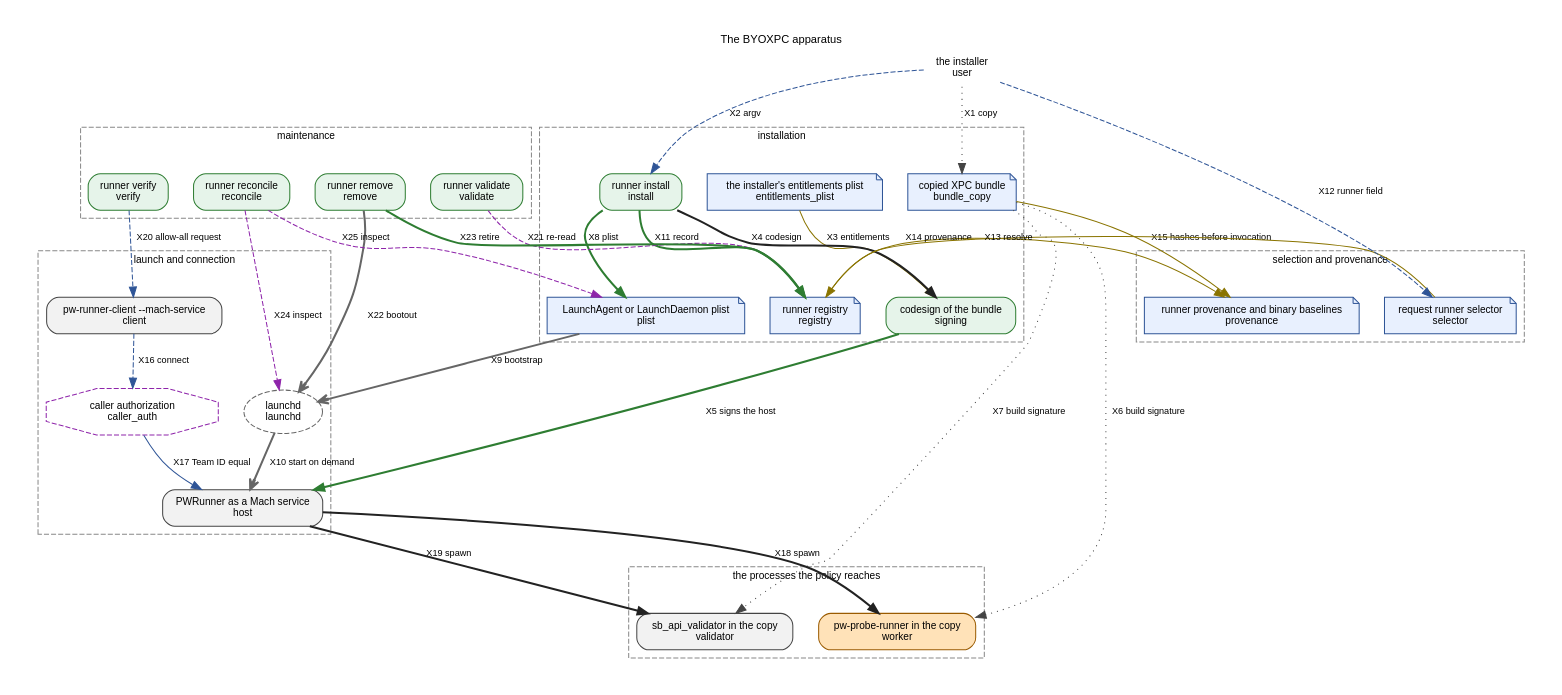
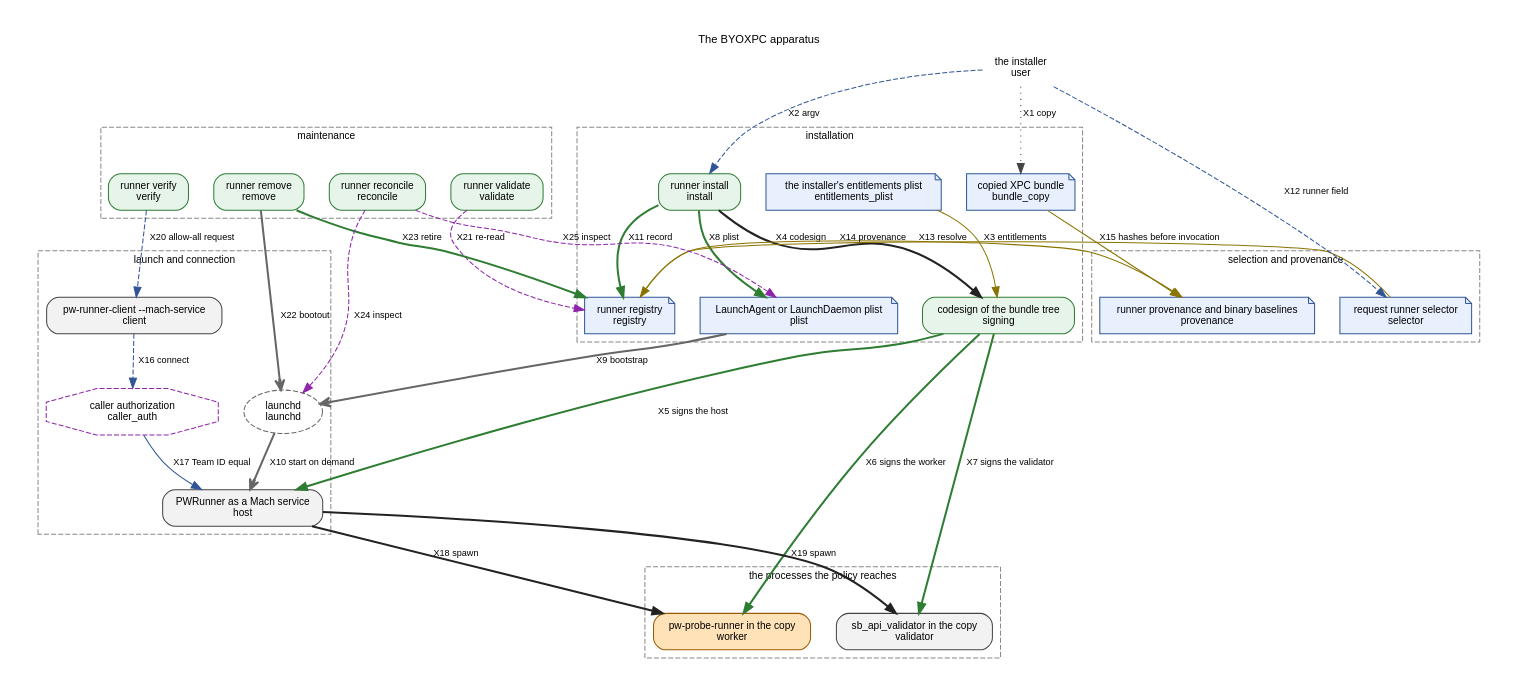
The diagram in docs/architecture-byoxpc.dot (Protonk/PolicyWitness), drawn with Graphviz before and after one commit. The commit also changed 13 other files, not shown here.

First line of the commit message:
Bound the BYOXPC respawn wait and describe the remediated apparatus

```diff
--- a/docs/architecture-byoxpc.dot
+++ b/docs/architecture-byoxpc.dot
@@ -1,82 +1,82 @@
 digraph byoxpc {
     graph [rankdir=TB, bgcolor="white", fontname="Helvetica", fontsize=11, label="The BYOXPC apparatus", labelloc=t, pad=0.3, nodesep=0.35, ranksep=0.6];
     node [fontname="Helvetica", fontsize=10];
     edge [fontname="Helvetica", fontsize=9];
     subgraph cluster_installation {
         label="installation"; style=dashed; color="#888888"; fontsize=10;
         bundle_copy;
         entitlements_plist;
         install;
         signing;
         plist;
         registry;
     }
     subgraph cluster_launch {
         label="launch and connection"; style=dashed; color="#888888"; fontsize=10;
         launchd;
         host;
         client;
         caller_auth;
     }
     subgraph cluster_selection {
         label="selection and provenance"; style=dashed; color="#888888"; fontsize=10;
         selector;
         provenance;
     }
     subgraph cluster_reached {
         label="the processes the policy reaches"; style=dashed; color="#888888"; fontsize=10;
         worker;
         validator;
     }
     subgraph cluster_maintenance {
         label="maintenance"; style=dashed; color="#888888"; fontsize=10;
         verify;
         validate;
         remove;
         reconcile;
     }
     user [shape="plaintext", label="the installer\nuser", URL="ARCHITECTURE.md#the-byoxpc-apparatus-nodes", tooltip="user: the installer"];
     bundle_copy [shape="note", style="filled", fillcolor="#e8f0fe", color="#2f5597", label="copied XPC bundle\nbundle_copy", URL="ARCHITECTURE.md#the-byoxpc-apparatus-nodes", tooltip="bundle_copy: copied XPC bundle"];
     entitlements_plist [shape="note", style="filled", fillcolor="#e8f0fe", color="#2f5597", label="the installer's entitlements plist\nentitlements_plist", URL="ARCHITECTURE.md#the-byoxpc-apparatus-nodes", tooltip="entitlements_plist: the installer's entitlements plist"];
     install [shape="box", style="rounded,filled", fillcolor="#e6f4ea", color="#2e7d32", label="runner install\ninstall", URL="ARCHITECTURE.md#the-byoxpc-apparatus-nodes", tooltip="install: runner install"];
-    signing [shape="box", style="rounded,filled", fillcolor="#e6f4ea", color="#2e7d32", label="codesign of the bundle\nsigning", URL="ARCHITECTURE.md#the-byoxpc-apparatus-nodes", tooltip="signing: codesign of the bundle"];
+    signing [shape="box", style="rounded,filled", fillcolor="#e6f4ea", color="#2e7d32", label="codesign of the bundle tree\nsigning", URL="ARCHITECTURE.md#the-byoxpc-apparatus-nodes", tooltip="signing: codesign of the bundle tree"];
     plist [shape="note", style="filled", fillcolor="#e8f0fe", color="#2f5597", label="LaunchAgent or LaunchDaemon plist\nplist", URL="ARCHITECTURE.md#the-byoxpc-apparatus-nodes", tooltip="plist: LaunchAgent or LaunchDaemon plist"];
     registry [shape="note", style="filled", fillcolor="#e8f0fe", color="#2f5597", label="runner registry\nregistry", URL="ARCHITECTURE.md#the-byoxpc-apparatus-nodes", tooltip="registry: runner registry"];
     launchd [shape="ellipse", style="dashed", color="#666666", label="launchd\nlaunchd", URL="ARCHITECTURE.md#the-byoxpc-apparatus-nodes", tooltip="launchd: launchd"];
     host [shape="box", style="rounded,filled", fillcolor="#f2f2f2", color="#444444", label="PWRunner as a Mach service\nhost", URL="ARCHITECTURE.md#the-byoxpc-apparatus-nodes", tooltip="host: PWRunner as a Mach service"];
     client [shape="box", style="rounded,filled", fillcolor="#f2f2f2", color="#444444", label="pw-runner-client --mach-service\nclient", URL="ARCHITECTURE.md#the-byoxpc-apparatus-nodes", tooltip="client: pw-runner-client --mach-service"];
     caller_auth [shape="octagon", style="dashed", color="#8e24aa", label="caller authorization\ncaller_auth", URL="ARCHITECTURE.md#the-byoxpc-apparatus-nodes", tooltip="caller_auth: caller authorization"];
     selector [shape="note", style="filled", fillcolor="#e8f0fe", color="#2f5597", label="request runner selector\nselector", URL="ARCHITECTURE.md#the-byoxpc-apparatus-nodes", tooltip="selector: request runner selector"];
     provenance [shape="note", style="filled", fillcolor="#e8f0fe", color="#2f5597", label="runner provenance and binary baselines\nprovenance", URL="ARCHITECTURE.md#the-byoxpc-apparatus-nodes", tooltip="provenance: runner provenance and binary baselines"];
     worker [shape="box", style="rounded,filled", fillcolor="#ffe2b8", color="#9a5b00", label="pw-probe-runner in the copy\nworker", URL="ARCHITECTURE.md#the-byoxpc-apparatus-nodes", tooltip="worker: pw-probe-runner in the copy"];
     validator [shape="box", style="rounded,filled", fillcolor="#f2f2f2", color="#444444", label="sb_api_validator in the copy\nvalidator", URL="ARCHITECTURE.md#the-byoxpc-apparatus-nodes", tooltip="validator: sb_api_validator in the copy"];
     verify [shape="box", style="rounded,filled", fillcolor="#e6f4ea", color="#2e7d32", label="runner verify\nverify", URL="ARCHITECTURE.md#the-byoxpc-apparatus-nodes", tooltip="verify: runner verify"];
     validate [shape="box", style="rounded,filled", fillcolor="#e6f4ea", color="#2e7d32", label="runner validate\nvalidate", URL="ARCHITECTURE.md#the-byoxpc-apparatus-nodes", tooltip="validate: runner validate"];
     remove [shape="box", style="rounded,filled", fillcolor="#e6f4ea", color="#2e7d32", label="runner remove\nremove", URL="ARCHITECTURE.md#the-byoxpc-apparatus-nodes", tooltip="remove: runner remove"];
     reconcile [shape="box", style="rounded,filled", fillcolor="#e6f4ea", color="#2e7d32", label="runner reconcile\nreconcile", URL="ARCHITECTURE.md#the-byoxpc-apparatus-nodes", tooltip="reconcile: runner reconcile"];
     user -> bundle_copy [style="dotted", color="#444444", label="X1 copy", URL="ARCHITECTURE.md#the-byoxpc-apparatus-edges", tooltip="X1: copies the shipped PWRunner.xpc"];
     user -> install [style="dashed", color="#2f5597", label="X2 argv", URL="ARCHITECTURE.md#the-byoxpc-apparatus-edges", tooltip="X2: runner install with --bundle, --identity, --entitlements, --scope and optional --env"];
     entitlements_plist -> signing [style="solid", color="#8a7400", label="X3 entitlements", URL="ARCHITECTURE.md#the-byoxpc-apparatus-edges", tooltip="X3: supplied entitlements"];
-    install -> signing [style="bold", color="#222222", label="X4 codesign", URL="ARCHITECTURE.md#the-byoxpc-apparatus-edges", tooltip="X4: codesign --force --options runtime -s identity --entitlements plist bundle"];
-    signing -> host [style="bold", color="#2e7d32", label="X5 signs the host", URL="ARCHITECTURE.md#the-byoxpc-apparatus-edges", tooltip="X5: the host executable carries the identity and entitlements; read back by entitlements_from_codesign"];
-    bundle_copy -> worker [style="dotted", color="#444444", label="X6 build signature", URL="ARCHITECTURE.md#the-byoxpc-apparatus-edges", tooltip="X6: the worker arrives with the build's signature and is not re-signed"];
-    bundle_copy -> validator [style="dotted", color="#444444", label="X7 build signature", URL="ARCHITECTURE.md#the-byoxpc-apparatus-edges", tooltip="X7: the validator arrives with the build's signature and is not re-signed"];
+    install -> signing [style="bold", color="#222222", label="X4 codesign", URL="ARCHITECTURE.md#the-byoxpc-apparatus-edges", tooltip="X4: sign_install_tree: codesign the worker with --entitlements, the validator, then the bundle; codesign --verify --deep --strict"];
+    signing -> host [style="bold", color="#2e7d32", label="X5 signs the host", URL="ARCHITECTURE.md#the-byoxpc-apparatus-edges", tooltip="X5: the host executable carries the identity and entitlements; read back by entitlements_from_codesign and codesign_metadata"];
+    signing -> worker [style="bold", color="#2e7d32", label="X6 signs the worker", URL="ARCHITECTURE.md#the-byoxpc-apparatus-edges", tooltip="X6: the worker carries the identity and the supplied entitlements; read back by read_back"];
+    signing -> validator [style="bold", color="#2e7d32", label="X7 signs the validator", URL="ARCHITECTURE.md#the-byoxpc-apparatus-edges", tooltip="X7: the validator carries the identity alone; read back by read_back"];
     install -> plist [style="bold", color="#2e7d32", label="X8 plist", URL="ARCHITECTURE.md#the-byoxpc-apparatus-edges", tooltip="X8: build_launchd_plist and write_launchd_plist"];
     plist -> launchd [style="bold", color="#666666", arrowhead="vee", label="X9 bootstrap", URL="ARCHITECTURE.md#the-byoxpc-apparatus-edges", tooltip="X9: launchctl bootstrap into the gui or system domain"];
-    launchd -> host [style="bold", color="#666666", arrowhead="vee", label="X10 start on demand", URL="ARCHITECTURE.md#the-byoxpc-apparatus-edges", tooltip="X10: start on demand for the Mach service; default respawn throttle between launches"];
+    launchd -> host [style="bold", color="#666666", arrowhead="vee", label="X10 start on demand", URL="ARCHITECTURE.md#the-byoxpc-apparatus-edges", tooltip="X10: start on demand for the Mach service; one launch per ThrottleInterval (one second) between launches"];
     install -> registry [style="bold", color="#2e7d32", label="X11 record", URL="ARCHITECTURE.md#the-byoxpc-apparatus-edges", tooltip="X11: install_record: pending before the plist, installed after the bootstrap"];
     user -> selector [style="dashed", color="#2f5597", label="X12 runner field", URL="ARCHITECTURE.md#the-byoxpc-apparatus-edges", tooltip="X12: the specimen's runner field: mode, id or service, required_entitlements"];
-    selector -> registry [style="solid", color="#8a7400", label="X13 resolve", URL="ARCHITECTURE.md#the-byoxpc-apparatus-edges", tooltip="X13: resolve by id or service; required entitlements must be a subset of the recorded host entitlements"];
-    registry -> provenance [style="solid", color="#8a7400", label="X14 provenance", URL="ARCHITECTURE.md#the-byoxpc-apparatus-edges", tooltip="X14: runner_provenance_from_target copies kind, service, id and the host's entitlements"];
+    selector -> registry [style="solid", color="#8a7400", label="X13 resolve", URL="ARCHITECTURE.md#the-byoxpc-apparatus-edges", tooltip="X13: resolve by id or service; every required entitlement must be granted (value true) in the worker's recorded read-back"];
+    registry -> provenance [style="solid", color="#8a7400", label="X14 provenance", URL="ARCHITECTURE.md#the-byoxpc-apparatus-edges", tooltip="X14: runner_provenance_from_target copies kind, service, id and each binary's signature and entitlements"];
     bundle_copy -> provenance [style="solid", color="#8a7400", label="X15 hashes before invocation", URL="ARCHITECTURE.md#the-byoxpc-apparatus-edges", tooltip="X15: Binaries::observe hashes the service, worker and validator files before invocation"];
     client -> caller_auth [style="dashed", color="#2f5597", label="X16 connect", URL="ARCHITECTURE.md#the-byoxpc-apparatus-edges", tooltip="X16: NSXPCConnection(machServiceName:), privileged for system scope"];
     caller_auth -> host [style="solid", color="#2f5597", label="X17 Team ID equal", URL="ARCHITECTURE.md#the-byoxpc-apparatus-edges", tooltip="X17: shouldAcceptNewConnection: the caller's Team ID equals the host's, and the identifier allowlist if present"];
     host -> worker [style="bold", color="#222222", label="X18 spawn", URL="ARCHITECTURE.md#the-byoxpc-apparatus-edges", tooltip="X18: posix_spawn of the copy's own worker"];
     host -> validator [style="bold", color="#222222", label="X19 spawn", URL="ARCHITECTURE.md#the-byoxpc-apparatus-edges", tooltip="X19: posix_spawn of the copy's own validator"];
     verify -> client [style="dashed", color="#2f5597", label="X20 allow-all request", URL="ARCHITECTURE.md#the-byoxpc-apparatus-edges", tooltip="X20: a fixed allow-all request on the client's stdin"];
-    validate -> registry [style="dashed", color="#8e24aa", label="X21 re-read", URL="ARCHITECTURE.md#the-byoxpc-apparatus-edges", tooltip="X21: re-reads signature and entitlements from the recorded path"];
+    validate -> registry [style="dashed", color="#8e24aa", label="X21 re-read", URL="ARCHITECTURE.md#the-byoxpc-apparatus-edges", tooltip="X21: verifies the bundle recursively and each binary on its own, re-reads every signature and entitlement set, reports failures"];
     remove -> launchd [style="bold", color="#666666", arrowhead="vee", label="X22 bootout", URL="ARCHITECTURE.md#the-byoxpc-apparatus-edges", tooltip="X22: bootout, then re-read for up to one second of teardown"];
     remove -> registry [style="bold", color="#2e7d32", label="X23 retire", URL="ARCHITECTURE.md#the-byoxpc-apparatus-edges", tooltip="X23: pending_cleanup first; retired only after verified absence of service and plist"];
     reconcile -> launchd [style="dashed", color="#8e24aa", label="X24 inspect", URL="ARCHITECTURE.md#the-byoxpc-apparatus-edges", tooltip="X24: inspect_service lists candidate services without changes"];
     reconcile -> plist [style="dashed", color="#8e24aa", label="X25 inspect", URL="ARCHITECTURE.md#the-byoxpc-apparatus-edges", tooltip="X25: inspect_plist lists candidate plists without changes"];
 }
```
